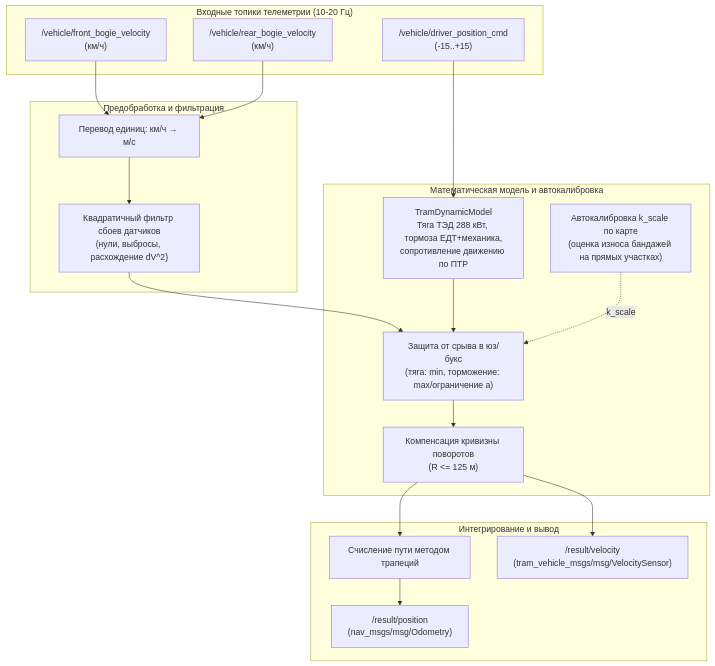
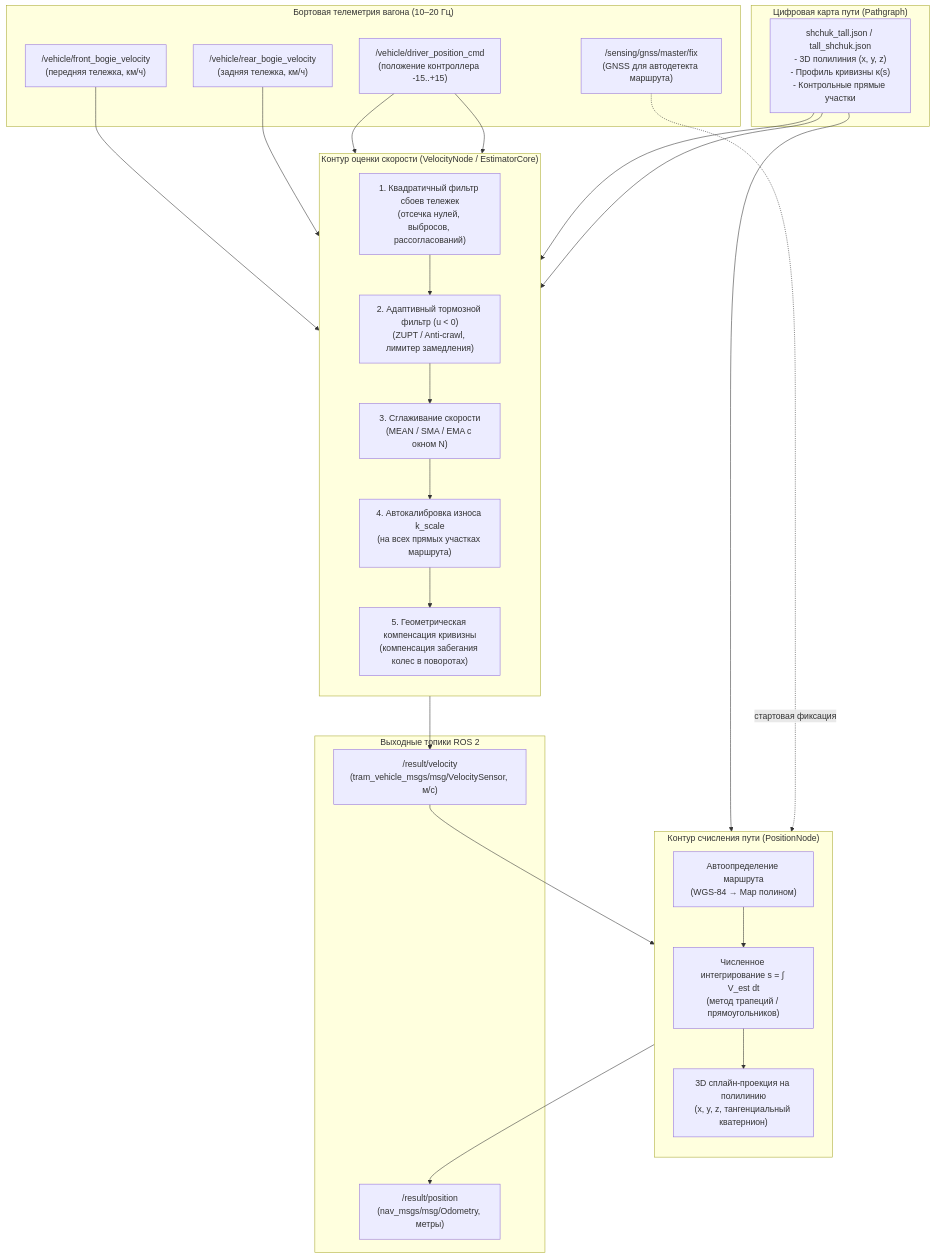
The diagram in solution/README.md (RoboLab21/tram_hack), drawn with Mermaid before and after one commit. The commit also changed other lines of this file, not shown here.

Commit message:
change readme model

````diff
--- a/solution/README.md
+++ b/solution/README.md
@@ -14,35 +19,50 @@
 ```mermaid
 flowchart TD
-    subgraph INPUTS["Входные топики телеметрии (10-20 Гц)"]
-        F["/vehicle/front_bogie_velocity<br/>(км/ч)"]
-        R["/vehicle/rear_bogie_velocity<br/>(км/ч)"]
-        C["/vehicle/driver_position_cmd<br/>(-15..+15)"]
+    subgraph SENSORS["Бортовая телеметрия вагона (10–20 Гц)"]
+        F["/vehicle/front_bogie_velocity<br/>(передняя тележка, км/ч)"]
+        R["/vehicle/rear_bogie_velocity<br/>(задняя тележка, км/ч)"]
+        C["/vehicle/driver_position_cmd<br/>(положение контроллера -15..+15)"]
+        G["/sensing/gnss/master/fix<br/>(GNSS для автодетекта маршрута)"]
     end
 
-    subgraph PREPROC["Предобработка и фильтрация"]
-        Scale["Перевод единиц: км/ч → м/с"]
-        FaultFilt["Квадратичный фильтр сбоев датчиков<br/>(нули, выбросы, расхождение dV^2)"]
+    subgraph PATHGRAPH["Цифровая карта пути (Pathgraph)"]
+        MAP["shchuk_tall.json / tall_shchuk.json<br/>- 3D полилиния (x, y, z)<br/>- Профиль кривизны κ(s)<br/>- Контрольные прямые участки"]
     end
 
-    subgraph MODEL["Математическая модель и автокалибровка"]
-        DynModel["TramDynamicModel<br/>Тяга ТЭД 288 кВт, тормоза ЕДТ+механика,<br/>сопротивление движению по ПТР"]
-        MapCalib["Автокалибровка k_scale по карте<br/>(оценка износа бандажей на прямых участках)"]
-        AntiSlip["Защита от срыва в юз/букс<br/>(тяга: min, торможение: max/ограничение a)"]
-        CurveComp["Компенсация кривизны поворотов<br/>(R <= 125 м)"]
+    subgraph VELOCITY_ESTIMATION["Контур оценки скорости (VelocityNode / EstimatorCore)"]
+        direction TB
+        FaultFilt["1. Квадратичный фильтр сбоев тележек<br/>(отсечка нулей, выбросов, рассогласований)"]
+        BrakeFilt["2. Адаптивный тормозной фильтр (u &lt; 0)<br/>(ZUPT / Anti-crawl, лимитер замедления)"]
+        Smoothing["3. Сглаживание скорости<br/>(MEAN / SMA / EMA с окном N)"]
+        WearCalib["4. Автокалибровка износа k_scale<br/>(на всех прямых участках маршрута)"]
+        CurveComp["5. Геометрическая компенсация кривизны<br/>(компенсация забегания колес в поворотах)"]
+
+        FaultFilt --> BrakeFilt --> Smoothing --> WearCalib --> CurveComp
     end
 
-    subgraph INTEGRATION["Интегрирование и вывод"]
-        Integ["Счисление пути методом трапеций"]
-        PubVel["/result/velocity<br/>(tram_vehicle_msgs/msg/VelocitySensor)"]
-        PubPos["/result/position<br/>(nav_msgs/msg/Odometry)"]
+    subgraph POSITION_ESTIMATION["Контур счисления пути (PositionNode)"]
+        direction TB
+        AutoRoute["Автоопределение маршрута<br/>(WGS-84 → Map полином)"]
+        Integrator["Численное интегрирование s = ∫ V_est dt<br/>(метод трапеций / прямоугольников)"]
+        Projection["3D сплайн-проекция на полилинию<br/>(x, y, z, тангенциальный кватернион)"]
+
+        AutoRoute --> Integrator --> Projection
     end
 
-    F & R --> Scale --> FaultFilt
-    C --> DynModel
-    DynModel --> AntiSlip
-    FaultFilt --> AntiSlip
-    MapCalib -. k_scale .-> AntiSlip
-    AntiSlip --> CurveComp --> Integ
-    CurveComp --> PubVel
-    Integ --> PubPos
+    subgraph OUTPUTS["Выходные топики ROS 2"]
+        OutVel["/result/velocity<br/>(tram_vehicle_msgs/msg/VelocitySensor, м/с)"]
+        OutPos["/result/position<br/>(nav_msgs/msg/Odometry, метры)"]
+    end
+
+    F & R --> FaultFilt
+    C --> BrakeFilt
+    C --> FaultFilt
+    MAP --> WearCalib
+    MAP --> CurveComp
+    MAP --> AutoRoute
+    G -. стартовая фиксация .-> AutoRoute
+
+    CurveComp --> OutVel
+    OutVel --> Integrator
+    Projection --> OutPos
 ```
````
